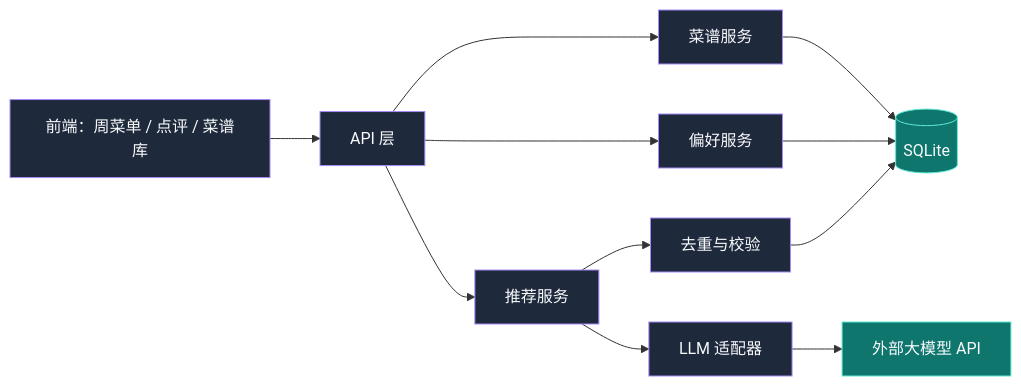
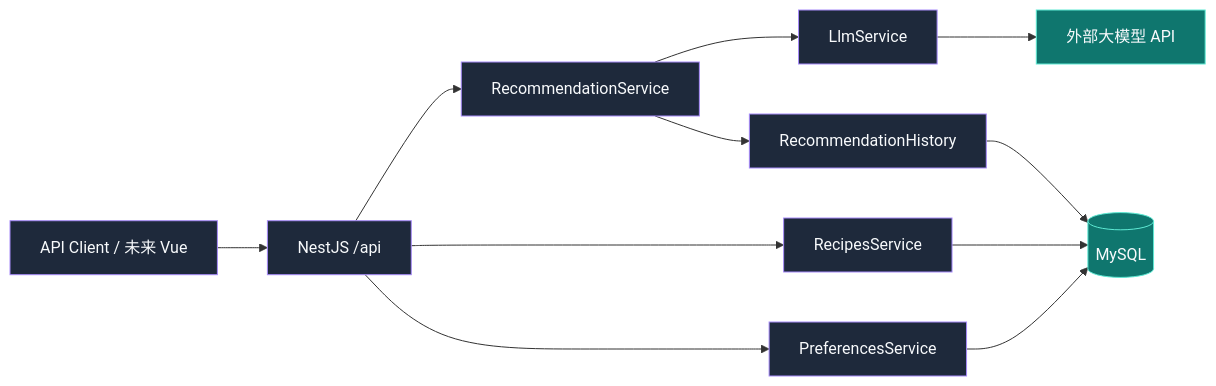
One commit to quanchenlc/daily-recipe changed the second of 2 diagrams in docs/PLAN.md. Above: the diagram before and after it, drawn with Mermaid. The commit also changed other lines of this file and 43 other files, not shown here.

First line of the commit message:
feat: implement NestJS weekly meal recommendation API

````diff
--- a/docs/PLAN.md
+++ b/docs/PLAN.md
@@ -161,18 +55,18 @@
 ```mermaid
 flowchart LR
-  UI["前端：周菜单 / 点评 / 菜谱库"] --> API["API 层"]
-  API --> Rec["推荐服务"]
-  API --> Recipe["菜谱服务"]
-  API --> Pref["偏好服务"]
-  Rec --> Guard["去重与校验"]
-  Rec --> LLM["LLM 适配器"]
-  Recipe --> DB[(SQLite)]
+  Client["API Client / 未来 Vue"] --> API["NestJS /api"]
+  API --> Rec["RecommendationService"]
+  API --> Recipe["RecipesService"]
+  API --> Pref["PreferencesService"]
+  Rec --> LLM["LlmService"]
+  Rec --> Hist["RecommendationHistory"]
+  Recipe --> DB[(MySQL)]
   Pref --> DB
-  Guard --> DB
+  Hist --> DB
   LLM --> Ext["外部大模型 API"]
 
   classDef box fill:#1e293b,stroke:#a78bfa,color:#f8fafc
   classDef store fill:#0f766e,stroke:#5eead4,color:#f8fafc
-  class UI,API,Rec,Recipe,Pref,Guard,LLM box
+  class Client,API,Rec,Recipe,Pref,LLM,Hist box
   class DB,Ext store
 ```
````
